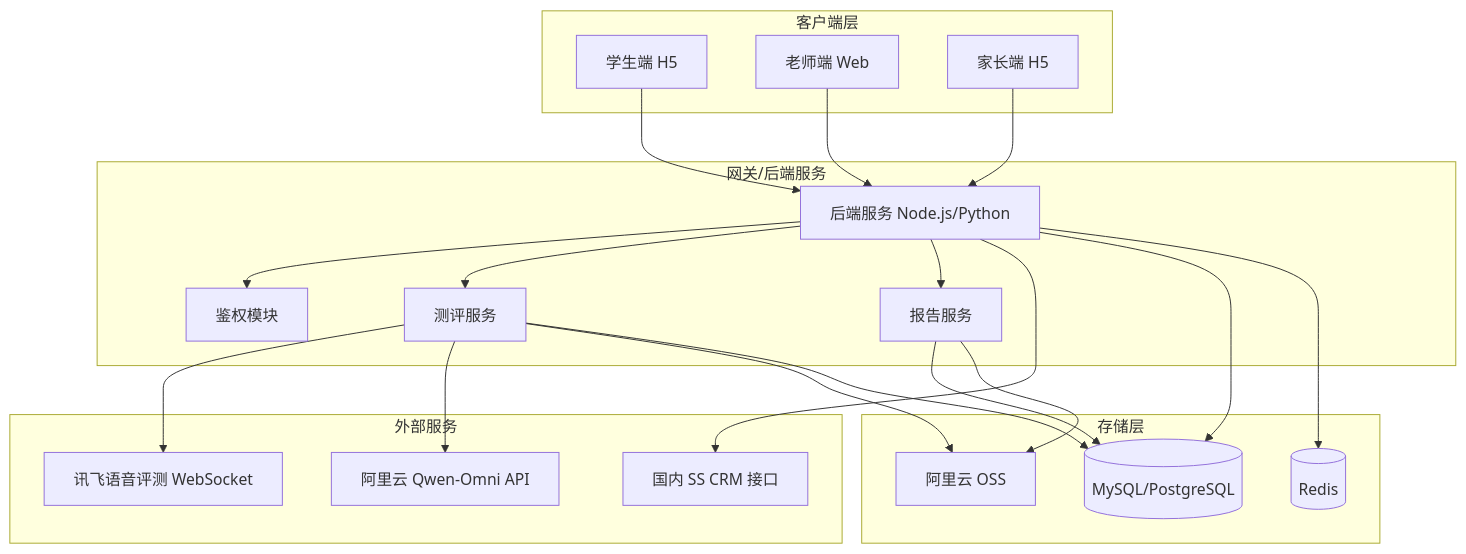
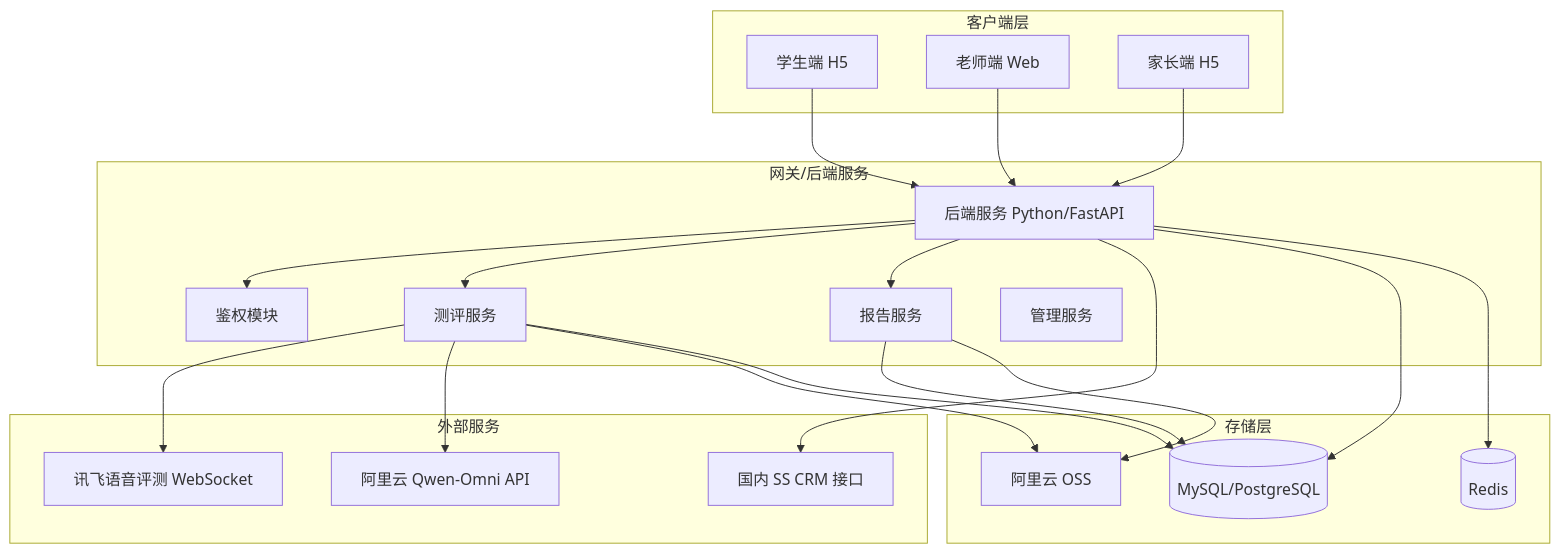
One commit to ruiwang20010702/speakingtest changed the first of 5 diagrams in PRD_口语测评系统_v0.2.md. Above: the diagram before and after it, drawn with Mermaid. The commit also changed other lines of this file and 65 other files, not shown here.

````diff
--- a/PRD_口语测评系统_v0.2.md
+++ b/PRD_口语测评系统_v0.2.md
@@ -133,47 +135,48 @@
 ```mermaid
 graph TD
     subgraph Client_Layer [客户端层]
         Student[学生端 H5]
         Teacher[老师端 Web]
         Parent[家长端 H5]
     end
 
     subgraph API_Gateway [网关/后端服务]
-        Backend[后端服务 Node.js/Python]
+        Backend[后端服务 Python/FastAPI]
         Auth[鉴权模块]
         TestService[测评服务]
         ReportService[报告服务]
+        AdminService[管理服务]
     end
 
     subgraph Storage_Layer [存储层]
         DB[(MySQL/PostgreSQL)]
         Cache[(Redis)]
         OSS[阿里云 OSS]
     end
 
     subgraph External_Services [外部服务]
         Xunfei[讯飞语音评测 WebSocket]
         Qwen[阿里云 Qwen-Omni API]
         CRM[国内 SS CRM 接口]
     end
 
     Student --> Backend
     Teacher --> Backend
     Parent --> Backend
 
     Backend --> Auth
     Backend --> TestService
     Backend --> ReportService
 
     TestService --> Xunfei
     TestService --> Qwen
     TestService --> OSS
     TestService --> DB
 
     ReportService --> DB
     ReportService --> OSS
 
     Backend --> CRM
     Backend --> DB
     Backend --> Cache
 ```
````
